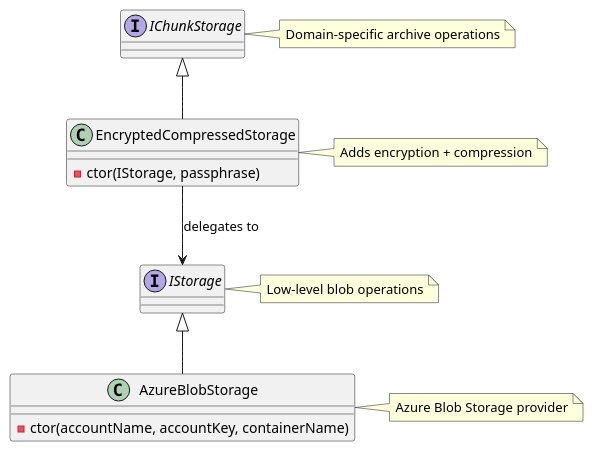
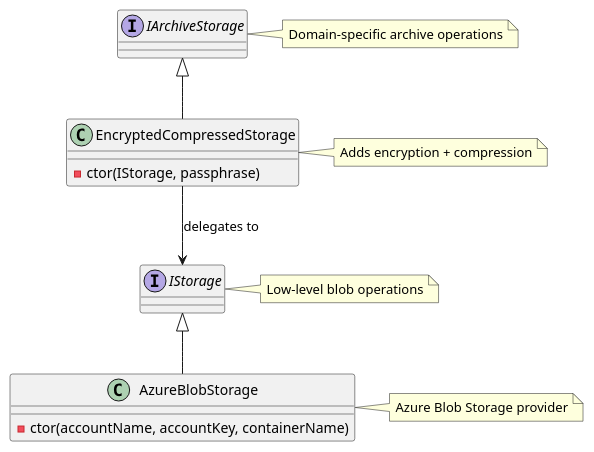
Before and after one commit to woutervanranst/Arius: the diagram in docs/Storage.md, drawn with PlantUML. The commit also changed other lines of this file and 6 other files, not shown here.

````diff
--- a/docs/Storage.md
+++ b/docs/Storage.md
@@ -17,26 +17,26 @@
 ```plantuml
 @startuml
 interface IStorage {
 }
 
-interface IChunkStorage {
+interface IArchiveStorage {
 }
 
 class AzureBlobStorage {
     -ctor(accountName, accountKey, containerName)
 }
 
 class EncryptedCompressedStorage {
     -ctor(IStorage, passphrase)
 }
 
 IStorage <|-- AzureBlobStorage
-IChunkStorage <|-- EncryptedCompressedStorage
+IArchiveStorage <|-- EncryptedCompressedStorage
 EncryptedCompressedStorage --> IStorage : delegates to
 
 note right of IStorage : Low-level blob operations
-note right of IChunkStorage : Domain-specific archive operations
+note right of IArchiveStorage : Domain-specific archive operations
 note right of AzureBlobStorage : Azure Blob Storage provider
 note right of EncryptedCompressedStorage : Adds encryption + compression
 @enduml
 ```
````
